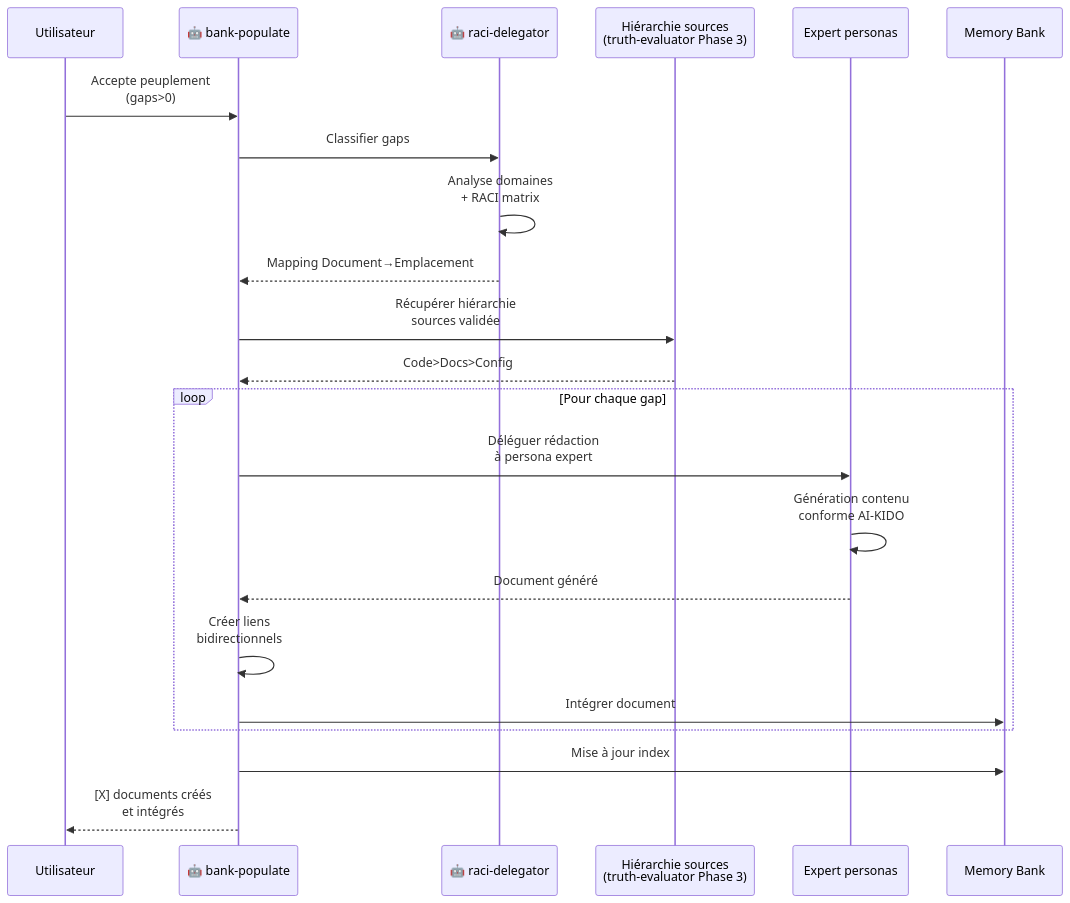
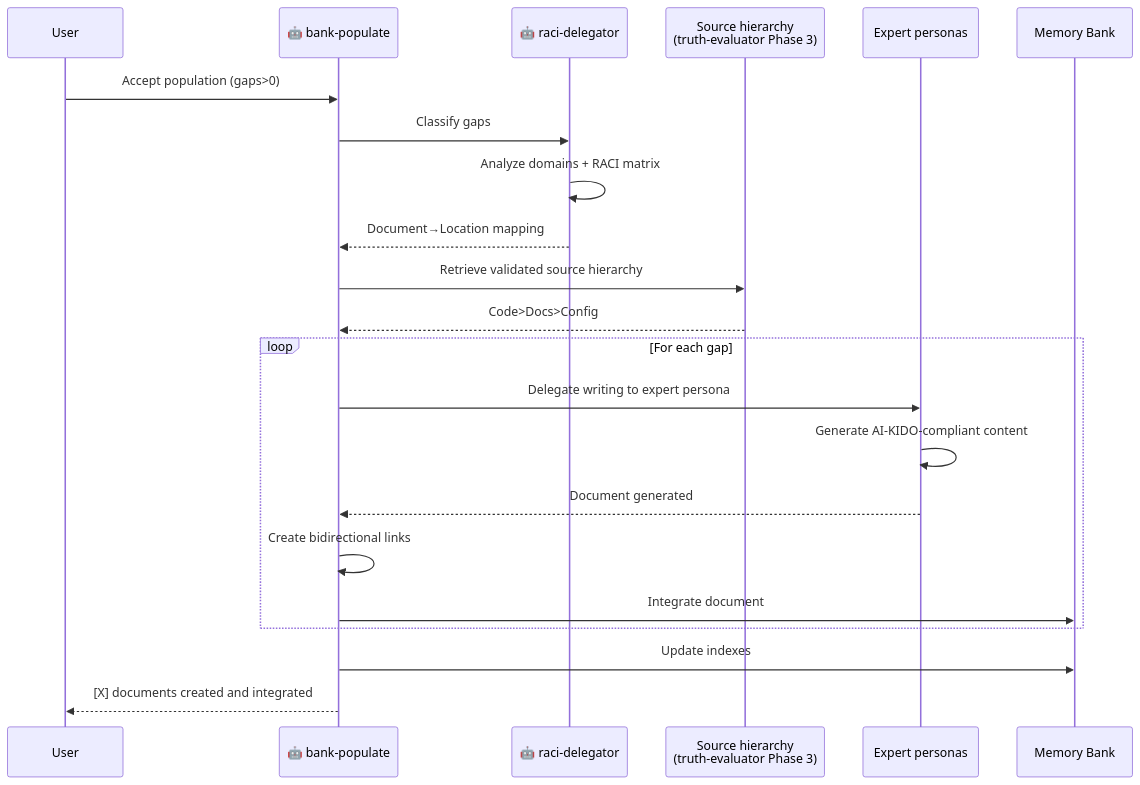
The fifth of 5 diagrams in prompts/hard_points/commands/analyse-project.md (lcalmejane/aikido), drawn with Mermaid before and after one commit. The commit also changed other lines of this file and 159 other files, not shown here.

````diff
--- a/prompts/hard_points/commands/analyse-project.md
+++ b/prompts/hard_points/commands/analyse-project.md
@@ -1110,28 +834,28 @@
 ```mermaid
 sequenceDiagram
-    participant User as Utilisateur
+    participant User
     participant BP as 🤖 bank-populate
     participant RD as 🤖 raci-delegator
-    participant TE as Hiérarchie sources<br/>(truth-evaluator Phase 3)
+    participant TE as Source hierarchy<br/>(truth-evaluator Phase 3)
     participant EP as Expert personas
     participant MB as Memory Bank
 
-    User->>BP: Accepte peuplement<br/>(gaps>0)
-    BP->>RD: Classifier gaps
-    RD->>RD: Analyse domaines<br/>+ RACI matrix
-    RD-->>BP: Mapping Document→Emplacement
+    User->>BP: Accept population (gaps>0)
+    BP->>RD: Classify gaps
+    RD->>RD: Analyze domains + RACI matrix
+    RD-->>BP: Document→Location mapping
 
-    BP->>TE: Récupérer hiérarchie<br/>sources validée
+    BP->>TE: Retrieve validated source hierarchy
     TE-->>BP: Code>Docs>Config
 
-    loop Pour chaque gap
-        BP->>EP: Déléguer rédaction<br/>à persona expert
-        EP->>EP: Génération contenu<br/>conforme AI-KIDO
-        EP-->>BP: Document généré
-        BP->>BP: Créer liens<br/>bidirectionnels
-        BP->>MB: Intégrer document
+    loop For each gap
+        BP->>EP: Delegate writing to expert persona
+        EP->>EP: Generate AI-KIDO-compliant content
+        EP-->>BP: Document generated
+        BP->>BP: Create bidirectional links
+        BP->>MB: Integrate document
     end
 
-    BP->>MB: Mise à jour index
-    BP-->>User: [X] documents créés<br/>et intégrés
+    BP->>MB: Update indexes
+    BP-->>User: [X] documents created and integrated
 ```
````
